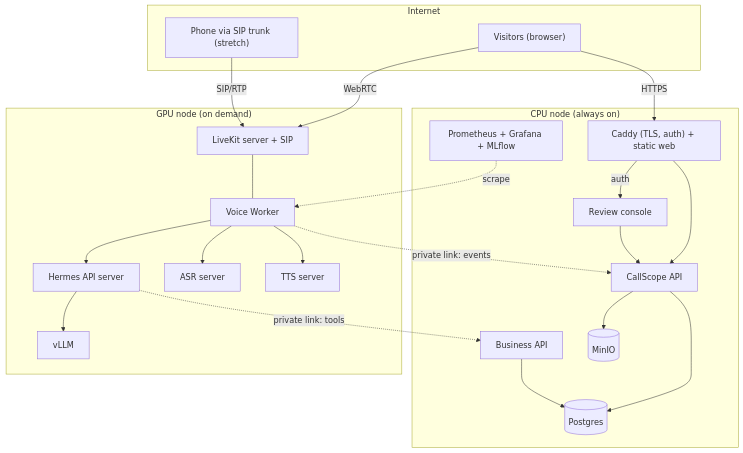
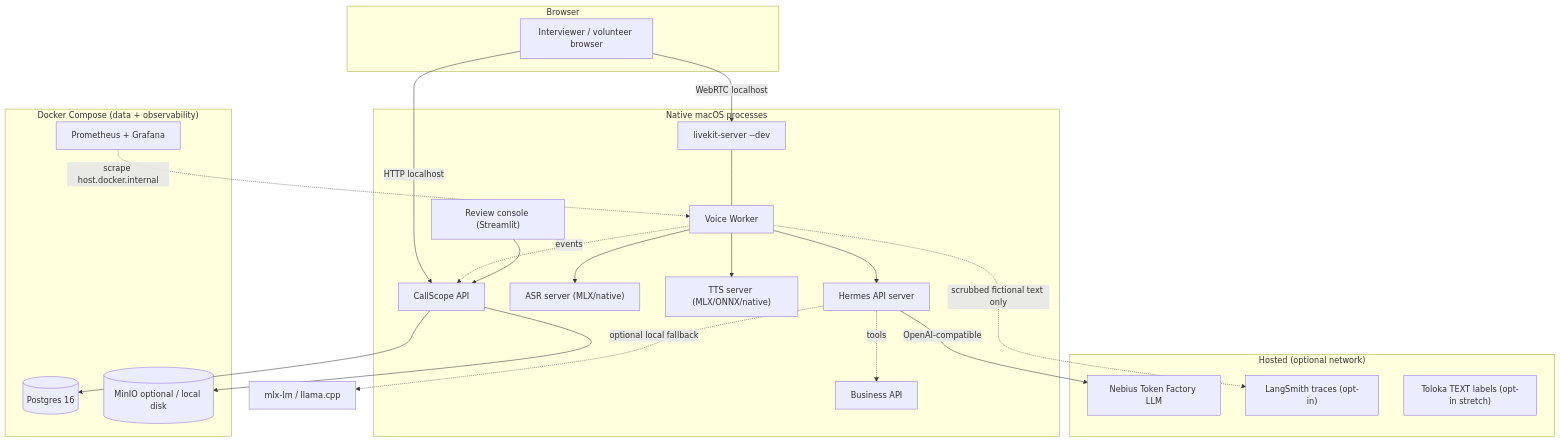
One commit to Aadigha-git/callscope changed the eighth of 8 diagrams in docs/design/CallScope_Phase3_Design.md. Above: the diagram before and after it, drawn with Mermaid. The commit also changed other lines of this file and 31 other files, not shown here.

First line of the commit message:
chore(docs): rescope CallScope to local Apple Silicon + Token Factory (#54)

````diff
--- a/docs/design/CallScope_Phase3_Design.md
+++ b/docs/design/CallScope_Phase3_Design.md
@@ -975,41 +1046,41 @@
 ```mermaid
 flowchart TB
-  subgraph Internet
-    U["Visitors (browser)"]
-    PH["Phone via SIP trunk (stretch)"]
+  subgraph Browser
+    U["Interviewer / volunteer browser"]
   end
-  subgraph CPU["CPU node (always on)"]
-    CD["Caddy (TLS, auth) + static web"]
+  subgraph Native["Native macOS processes"]
+    LK["livekit-server --dev"]
+    WK["Voice Worker"]
+    HM["Hermes API server"]
+    ASR["ASR server (MLX/native)"]
+    TTS["TTS server (MLX/ONNX/native)"]
     API["CallScope API"]
     BIZ["Business API"]
-    RVW["Review console"]
-    PG[("Postgres")]
-    S3[("MinIO")]
-    PRM["Prometheus + Grafana + MLflow"]
+    RVW["Review console (Streamlit)"]
   end
-  subgraph GPU["GPU node (on demand)"]
-    LK["LiveKit server + SIP"]
-    WK["Voice Worker"]
-    HM["Hermes API server"]
-    LLM["vLLM"]
-    ASR["ASR server"]
-    TTS["TTS server"]
+  subgraph Compose["Docker Compose (data + observability)"]
+    PG[("Postgres 16")]
+    S3[("MinIO optional / local disk")]
+    PRM["Prometheus + Grafana"]
   end
-  U -->|"HTTPS"| CD
-  U -->|"WebRTC"| LK
-  PH -->|"SIP/RTP"| LK
-  CD --> API
-  CD -->|"auth"| RVW
-  RVW --> API
-  API --> PG
-  API --> S3
-  BIZ --> PG
+  subgraph Hosted["Hosted (optional network)"]
+    TF["Nebius Token Factory LLM"]
+    LS["LangSmith traces (opt-in)"]
+    TK["Toloka TEXT labels (opt-in stretch)"]
+  end
+  U -->|"WebRTC localhost"| LK
+  U -->|"HTTP localhost"| API
   LK --- WK
   WK --> ASR
   WK --> TTS
   WK --> HM
-  HM --> LLM
-  WK -.->|"private link: events"| API
-  HM -.->|"private link: tools"| BIZ
-  PRM -.->|"scrape"| WK
+  HM -->|"OpenAI-compatible"| TF
+  HM -.->|"optional local fallback"| LLMLocal["mlx-lm / llama.cpp"]
+  WK -.->|"events"| API
+  HM -.->|"tools"| BIZ
+  API --> PG
+  API --> S3
+  RVW --> API
+  PRM -.->|"scrape host.docker.internal"| WK
+  WK -.->|"scrubbed fictional text only"| LS
 ```
````
